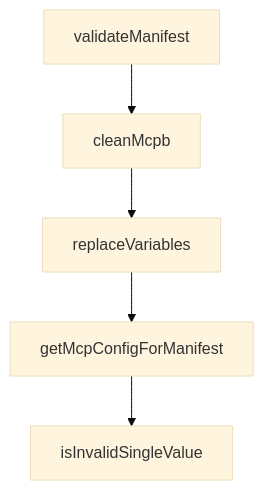
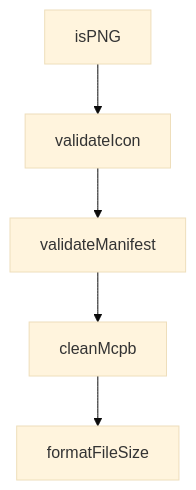
One commit to johnxie/awesome-code-docs changed the diagram in tutorials/mcpb-tutorial/08-release-governance-and-ecosystem-operations.md. Above: the diagram before and after it, drawn with Mermaid (base theme). The commit also changed other lines of this file and 1232 other files, not shown here.

````diff
--- a/tutorials/mcpb-tutorial/08-release-governance-and-ecosystem-operations.md
+++ b/tutorials/mcpb-tutorial/08-release-governance-and-ecosystem-operations.md
@@ -213,12 +211,12 @@
 ```mermaid
 flowchart TD
-    A[validateManifest]
-    B[cleanMcpb]
-    C[replaceVariables]
-    D[getMcpConfigForManifest]
-    E[isInvalidSingleValue]
+    A[isPNG]
+    B[validateIcon]
+    C[validateManifest]
+    D[cleanMcpb]
+    E[formatFileSize]
     A --> B
     B --> C
     C --> D
     D --> E
 ```
````
